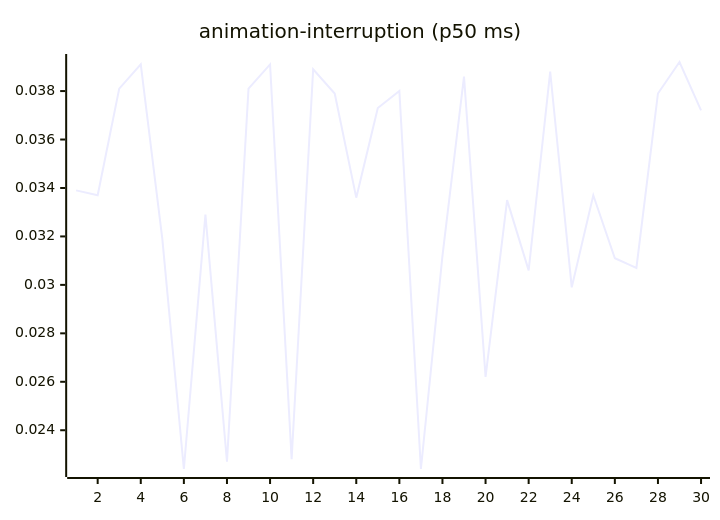
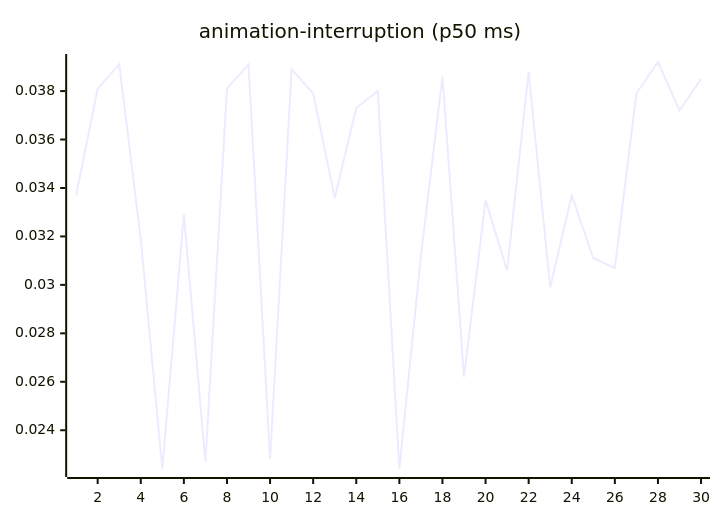
Before and after one commit to josha/Facet: the third of 27 diagrams in README.md, drawn with Mermaid. The commit also changed other lines of this file and 2 other files, not shown here.

````diff
--- a/README.md
+++ b/README.md
@@ -77,6 +77,6 @@
 ```mermaid
 xychart-beta
     title "animation-interruption (p50 ms)"
     x-axis 1 --> 30
-    line [0.0339, 0.0337, 0.0381, 0.0391, 0.0319, 0.0224, 0.0329, 0.0227, 0.0381, 0.0391, 0.0228, 0.0389, 0.0379, 0.0336, 0.0373, 0.0380, 0.0224, 0.0312, 0.0386, 0.0262, 0.0335, 0.0306, 0.0388, 0.0299, 0.0337, 0.0311, 0.0307, 0.0379, 0.0392, 0.0372]
+    line [0.0337, 0.0381, 0.0391, 0.0319, 0.0224, 0.0329, 0.0227, 0.0381, 0.0391, 0.0228, 0.0389, 0.0379, 0.0336, 0.0373, 0.0380, 0.0224, 0.0312, 0.0386, 0.0262, 0.0335, 0.0306, 0.0388, 0.0299, 0.0337, 0.0311, 0.0307, 0.0379, 0.0392, 0.0372, 0.0385]
 ```
````
